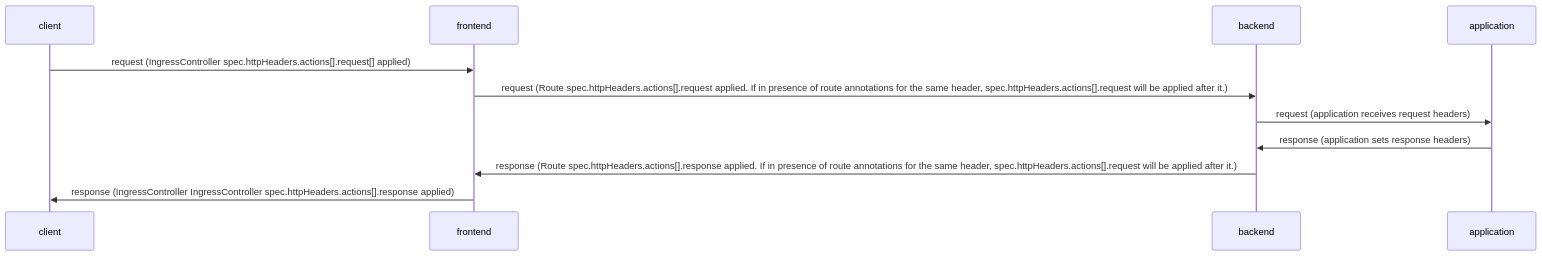
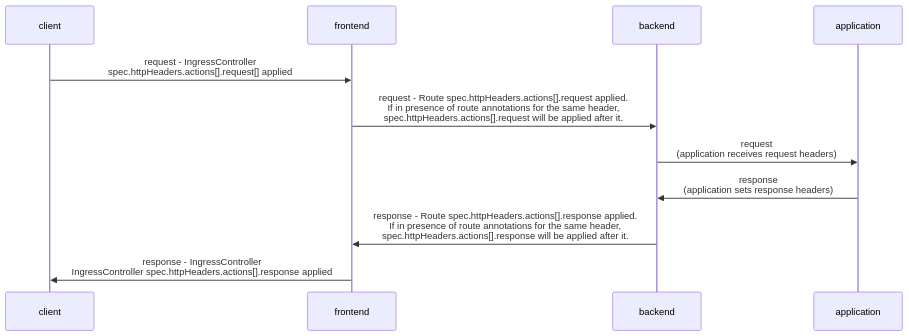
The diagram in enhancements/ingress/set-delete-http-headers.md (openshift/enhancements), drawn with Mermaid before and after one commit. The commit also changed other lines of this file, not shown here.

````diff
--- a/enhancements/ingress/set-delete-http-headers.md
+++ b/enhancements/ingress/set-delete-http-headers.md
@@ -1039,9 +1050,9 @@
 ```mermaid
 sequenceDiagram
-    client->>frontend: request (IngressController spec.httpHeaders.actions[].request[] applied)
-    frontend->>backend: request (Route spec.httpHeaders.actions[].request applied. If in presence of route annotations for the same header, spec.httpHeaders.actions[].request will be applied after it.)
-    backend->>application: request (application receives request headers)
-    application->>backend: response (application sets response headers)
-    backend->>frontend: response (Route spec.httpHeaders.actions[].response applied. If in presence of route annotations for the same header, spec.httpHeaders.actions[].request will be applied after it.)
-    frontend->>client: response (IngressController IngressController spec.httpHeaders.actions[].response applied)
+    client->>frontend: request - IngressController <br> spec.httpHeaders.actions[].request[] applied
+    frontend->>backend: request - Route spec.httpHeaders.actions[].request applied. <br> If in presence of route annotations for the same header,<br>  spec.httpHeaders.actions[].request will be applied after it.
+    backend->>application: request <br> (application receives request headers)
+    application->>backend: response <br> (application sets response headers)
+    backend->>frontend: response - Route spec.httpHeaders.actions[].response applied. <br> If in presence of route annotations for the same header, <br> spec.httpHeaders.actions[].response will be applied after it.
+    frontend->>client: response - IngressController <br> IngressController spec.httpHeaders.actions[].response applied
 ```
````
